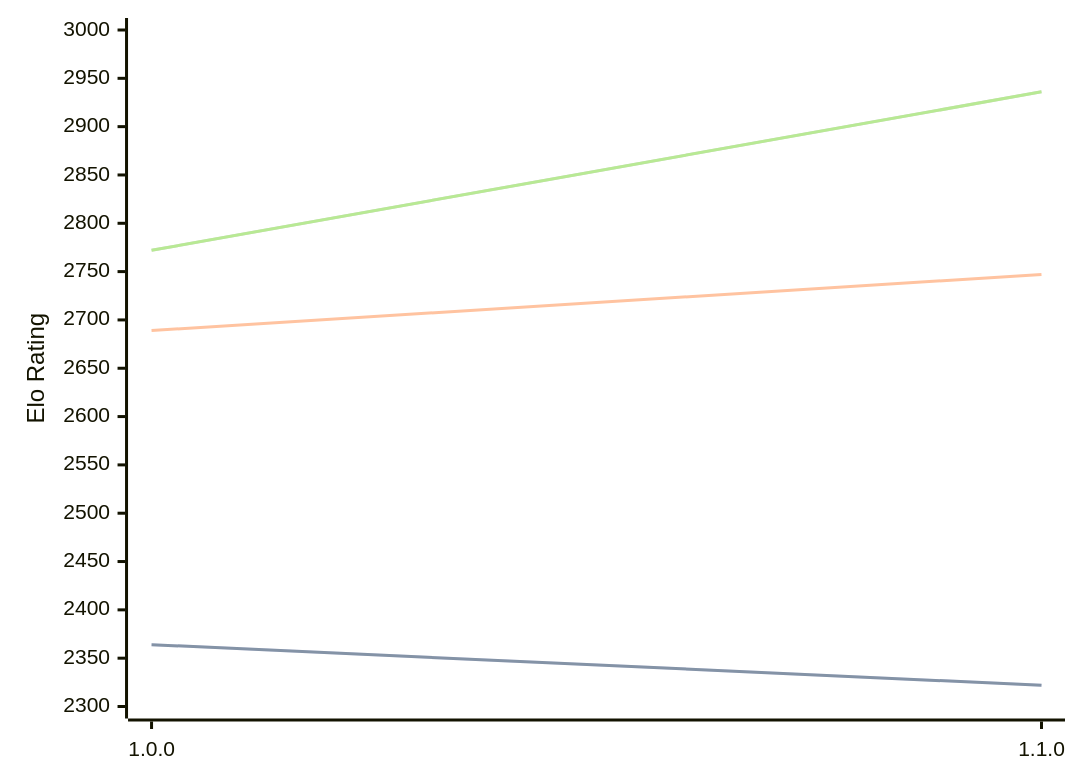
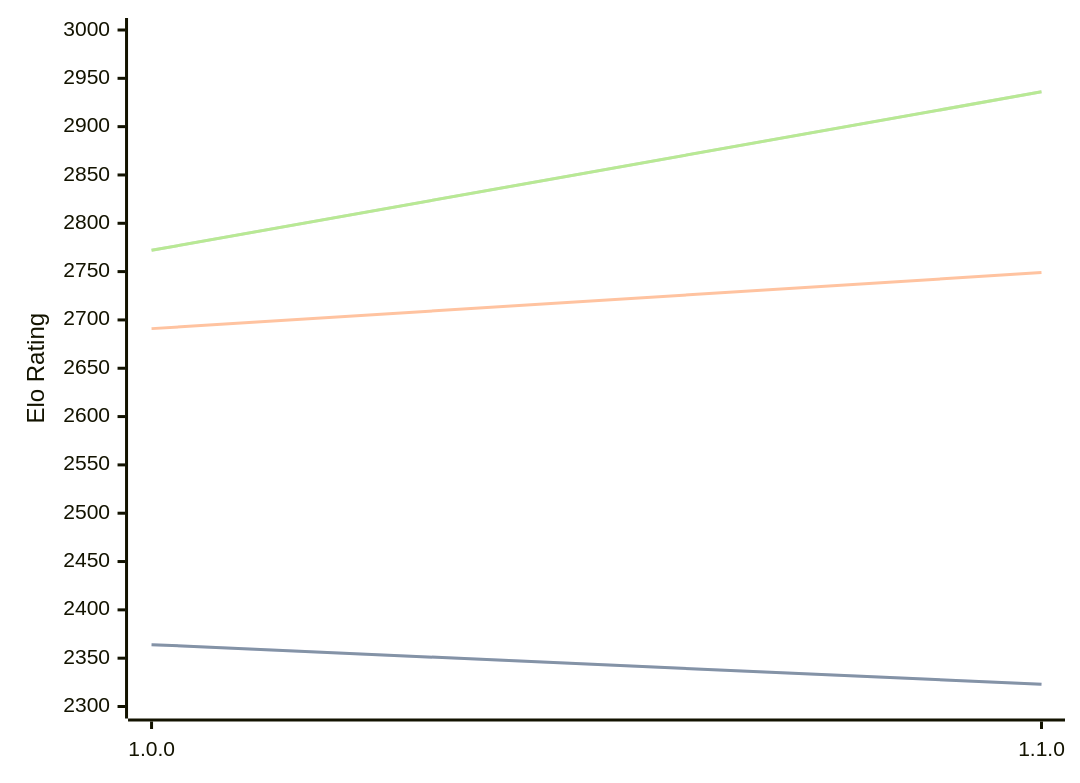
Before and after one commit to computer-chess-index/cci: the diagram in engines/ShallowGuess.md, drawn with Mermaid. The commit also changed other lines of this file, not shown here.

Commit message:
Update CCI Ratings (ELO VLTC) - 2026-03-28

````diff
--- a/engines/ShallowGuess.md
+++ b/engines/ShallowGuess.md
@@ -36,11 +36,11 @@
 ```mermaid
 %%{init: {"theme":"base","themeVariables":{"seriesColors:['#a3a3a3','#222221','#faa371']}}}%%
 xychart-beta
   x-axis ["1.0.0", "1.1.0"]
   y-axis "Elo Rating" 2300 --> 3000
-  line "STC (8.0+0.08s)" [2364, 2322]
-  line "STC (8.0+0.08s)" [2364, 2322]
-  line "LTC (60.0+0.60s)" [2689, 2747]
+  line "STC (8.0+0.08s)" [2364, 2323]
+  line "STC (8.0+0.08s)" [2364, 2323]
+  line "LTC (60.0+0.60s)" [2691, 2749]
   line "VLTC (2m24s+1.12s)" [2772, 2936]
   line "VLTC (2m24s+1.12s)" [2772, 2936]
 ```
````
